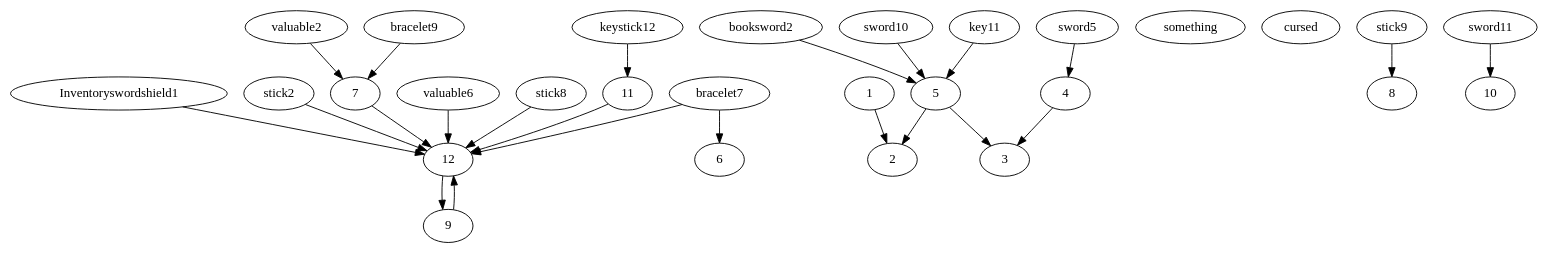
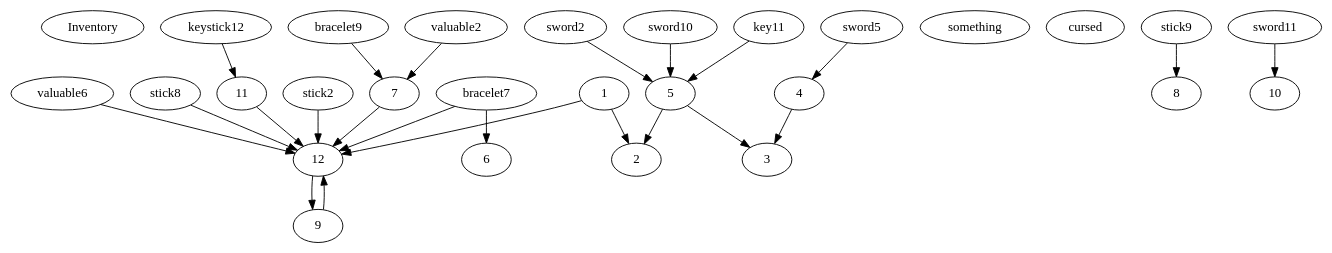
The diagram in expected/items.dot (lifelike/gamebookformat), drawn with Graphviz before and after one commit. The commit also changed 31 other files, not shown here.

```diff
--- a/expected/items.dot
+++ b/expected/items.dot
@@ -1,26 +1,26 @@
 digraph gamebook {
 
- Inventoryswordshield1->12
+ Inventory  1->12
 1->2
 stick2->12
-booksword2->5
+ sword2->5
 something valuable2->7
 4->3
 sword5->4
 5->2
 5->3
 something valuable6->12
 cursed bracelet7->6
 cursed bracelet7->12
 7->12
 stick8->12
 cursed bracelet9->7
 9->12
 stick9->8
 sword10->5
 key11->5
 sword11->10
 11->12
 keystick12->11
 12->9
 }
```
